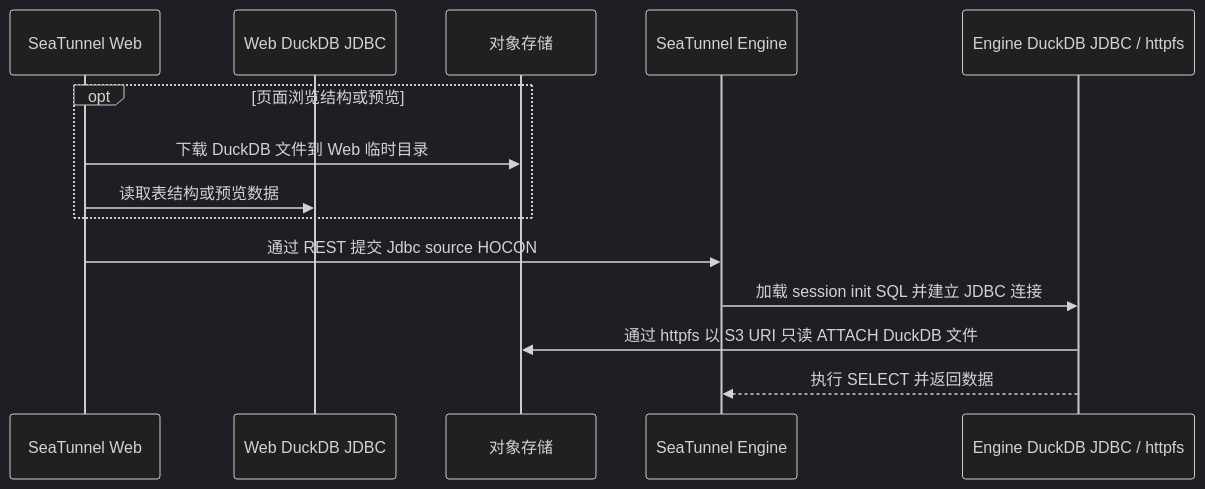
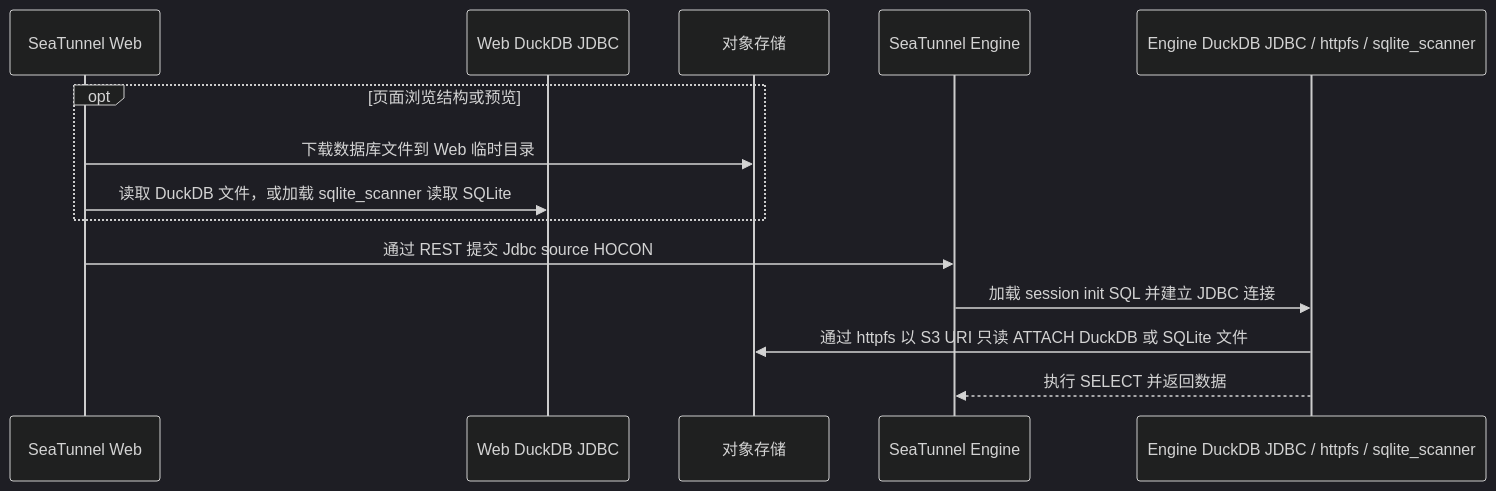
One commit to liuchang012463/seatunnel-web changed the diagram in architecture/DUCKDB_FILE_IMPORT_DESIGN.md. Above: the diagram before and after it, drawn with Mermaid (dark theme). The commit also changed other lines of this file and 27 other files, not shown here.

````diff
--- a/architecture/DUCKDB_FILE_IMPORT_DESIGN.md
+++ b/architecture/DUCKDB_FILE_IMPORT_DESIGN.md
@@ -18,17 +18,17 @@
 ```mermaid
 sequenceDiagram
     participant Web as SeaTunnel Web
     participant WebDuckDB as Web DuckDB JDBC
     participant Store as 对象存储
     participant Engine as SeaTunnel Engine
-    participant EngineDuckDB as Engine DuckDB JDBC / httpfs
+    participant EngineDuckDB as Engine DuckDB JDBC / httpfs / sqlite_scanner
 
     opt 页面浏览结构或预览
-        Web->>Store: 下载 DuckDB 文件到 Web 临时目录
-        Web->>WebDuckDB: 读取表结构或预览数据
+        Web->>Store: 下载数据库文件到 Web 临时目录
+        Web->>WebDuckDB: 读取 DuckDB 文件，或加载 sqlite_scanner 读取 SQLite
     end
     Web->>Engine: 通过 REST 提交 Jdbc source HOCON
     Engine->>EngineDuckDB: 加载 session init SQL 并建立 JDBC 连接
-    EngineDuckDB->>Store: 通过 httpfs 以 S3 URI 只读 ATTACH DuckDB 文件
+    EngineDuckDB->>Store: 通过 httpfs 以 S3 URI 只读 ATTACH DuckDB 或 SQLite 文件
     EngineDuckDB-->>Engine: 执行 SELECT 并返回数据
 ```
````
